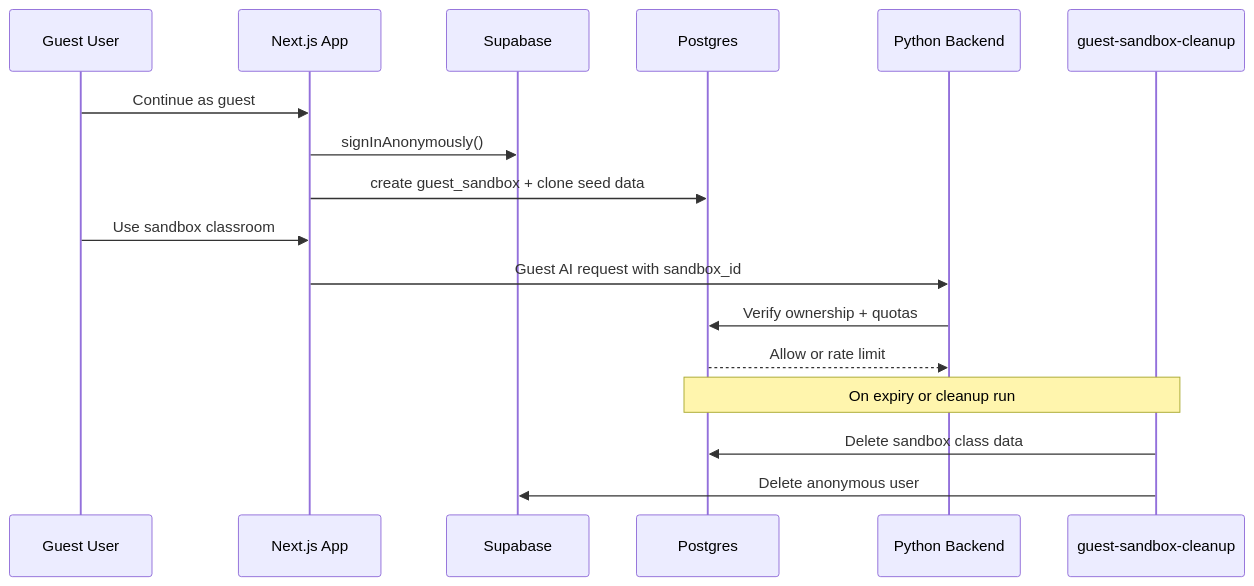
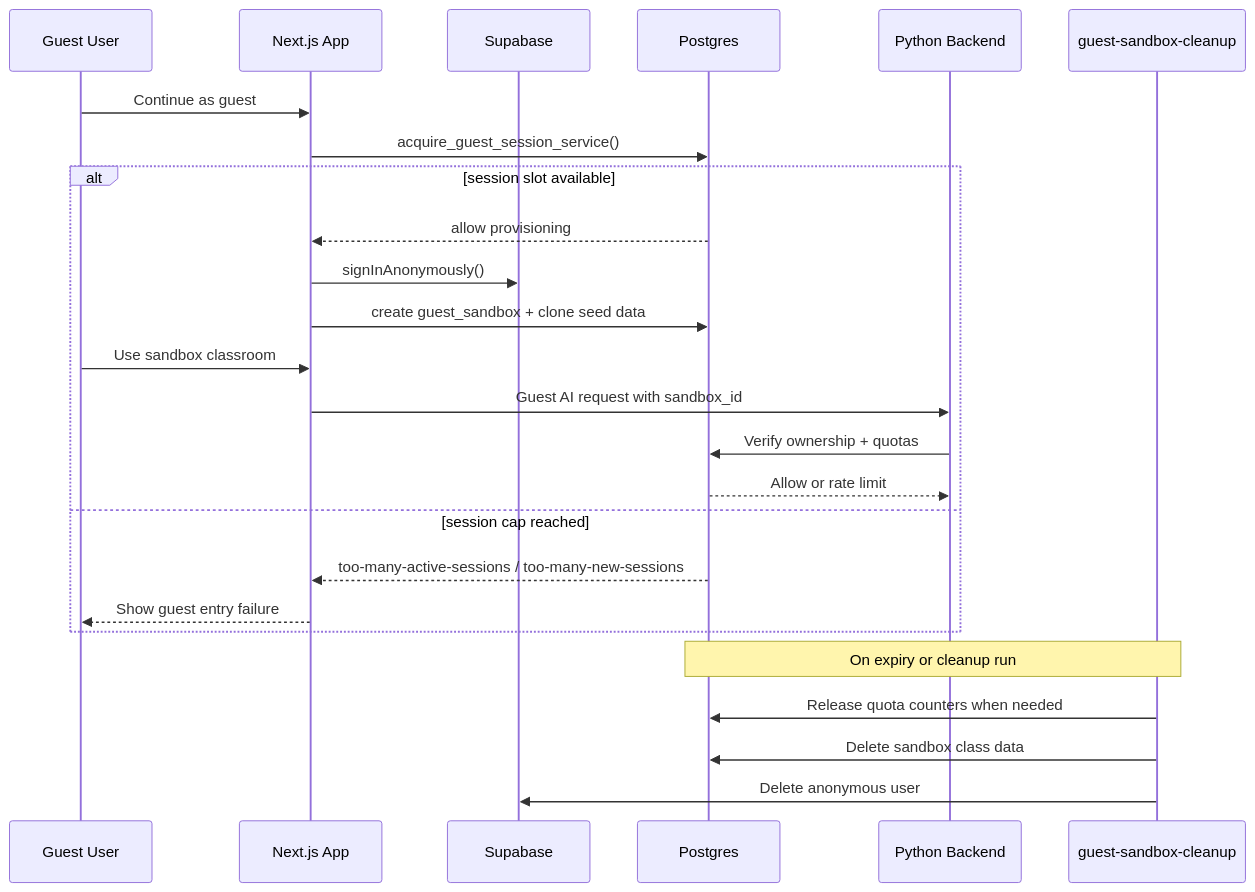
Before and after one commit to HaochenFa/AI-Learning-Platform-for-STEM: the second of 5 diagrams in DESIGN.md, drawn with Mermaid. The commit also changed 3 other files, not shown here.

First line of the commit message:
docs: align stale mermaid diagrams with current runtime flows

````diff
--- a/DESIGN.md
+++ b/DESIGN.md
@@ -139,20 +139,28 @@
 ```mermaid
 sequenceDiagram
     participant User as Guest User
     participant Web as Next.js App
     participant SB as Supabase
     participant DB as Postgres
     participant PY as Python Backend
     participant Cleanup as guest-sandbox-cleanup
 
     User->>Web: Continue as guest
-    Web->>SB: signInAnonymously()
-    Web->>DB: create guest_sandbox + clone seed data
-    User->>Web: Use sandbox classroom
-    Web->>PY: Guest AI request with sandbox_id
-    PY->>DB: Verify ownership + quotas
-    DB-->>PY: Allow or rate limit
+    Web->>DB: acquire_guest_session_service()
+    alt session slot available
+        DB-->>Web: allow provisioning
+        Web->>SB: signInAnonymously()
+        Web->>DB: create guest_sandbox + clone seed data
+        User->>Web: Use sandbox classroom
+        Web->>PY: Guest AI request with sandbox_id
+        PY->>DB: Verify ownership + quotas
+        DB-->>PY: Allow or rate limit
+    else session cap reached
+        DB-->>Web: too-many-active-sessions / too-many-new-sessions
+        Web-->>User: Show guest entry failure
+    end
     Note over Cleanup,DB: On expiry or cleanup run
+    Cleanup->>DB: Release quota counters when needed
     Cleanup->>DB: Delete sandbox class data
     Cleanup->>SB: Delete anonymous user
 ```
````
